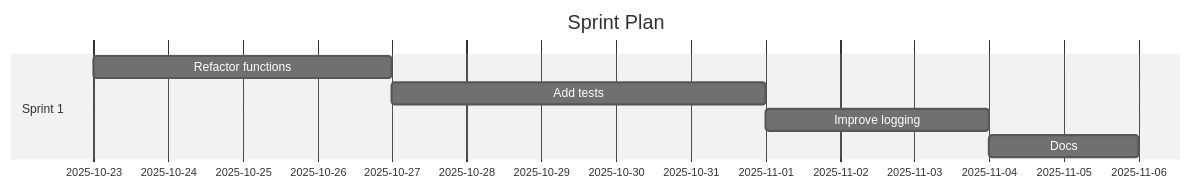
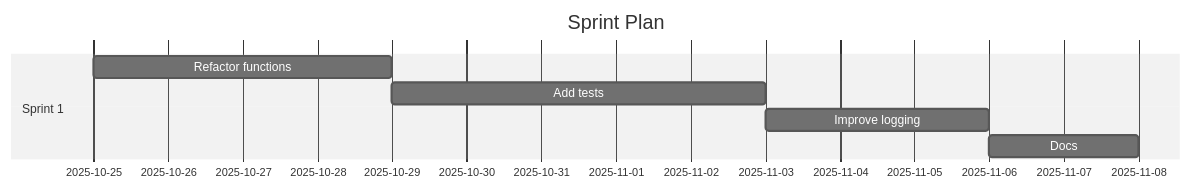
One commit to Anselmoo/mcp-ai-agent-guidelines changed the diagram in demos/demo-code-analysis.sprint.md. Above: the diagram before and after it, drawn with Mermaid (neutral theme). The commit also changed other lines of this file and 59 other files, not shown here.

````diff
--- a/demos/demo-code-analysis.sprint.md
+++ b/demos/demo-code-analysis.sprint.md
@@ -59,11 +59,11 @@
 ```mermaid
 gantt
 	dateFormat  YYYY-MM-DD
 	title Sprint Plan
 %% Accessibility: Title=Project Sprint Plan; Description=Gantt chart of sprints and tasks over time. %%
   section Sprint 1
-  Refactor functions :s1t0, 2025-10-23, 4d
-  Add tests :s1t1, 2025-10-27, 5d
-  Improve logging :s1t2, 2025-11-01, 3d
-  Docs :s1t3, 2025-11-04, 2d
+  Refactor functions :s1t0, 2025-10-25, 4d
+  Add tests :s1t1, 2025-10-29, 5d
+  Improve logging :s1t2, 2025-11-03, 3d
+  Docs :s1t3, 2025-11-06, 2d
 ```
````
